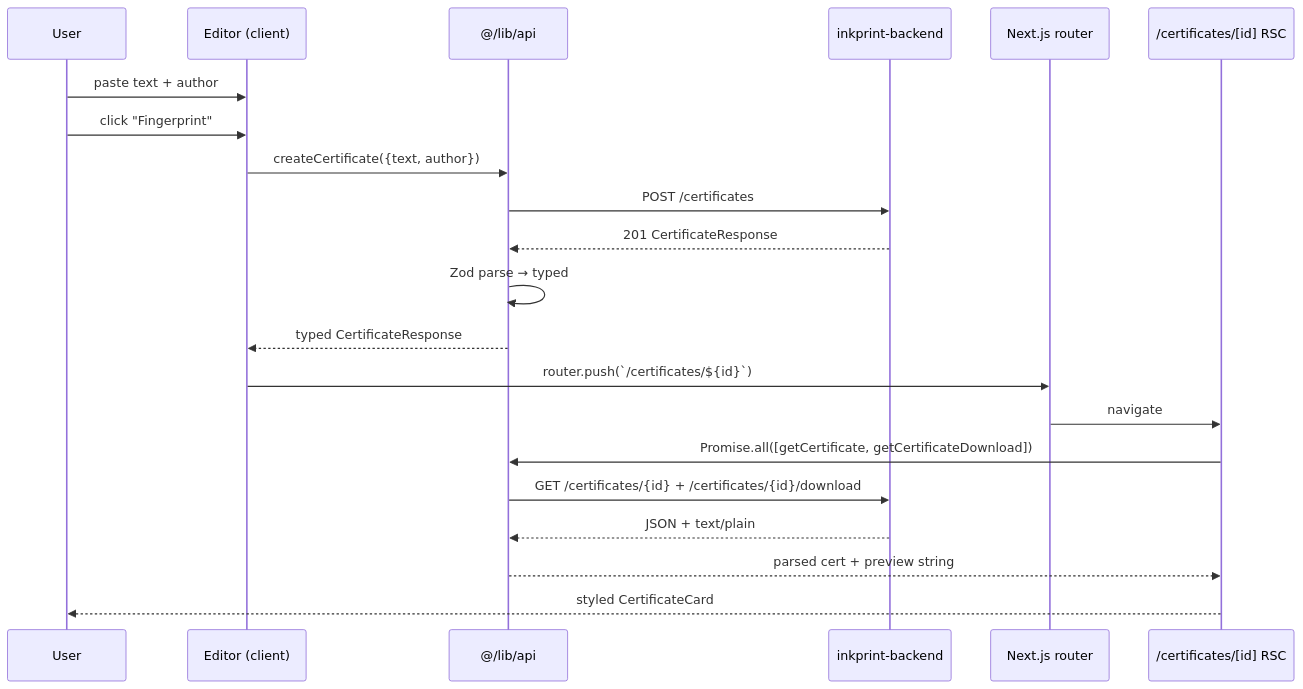
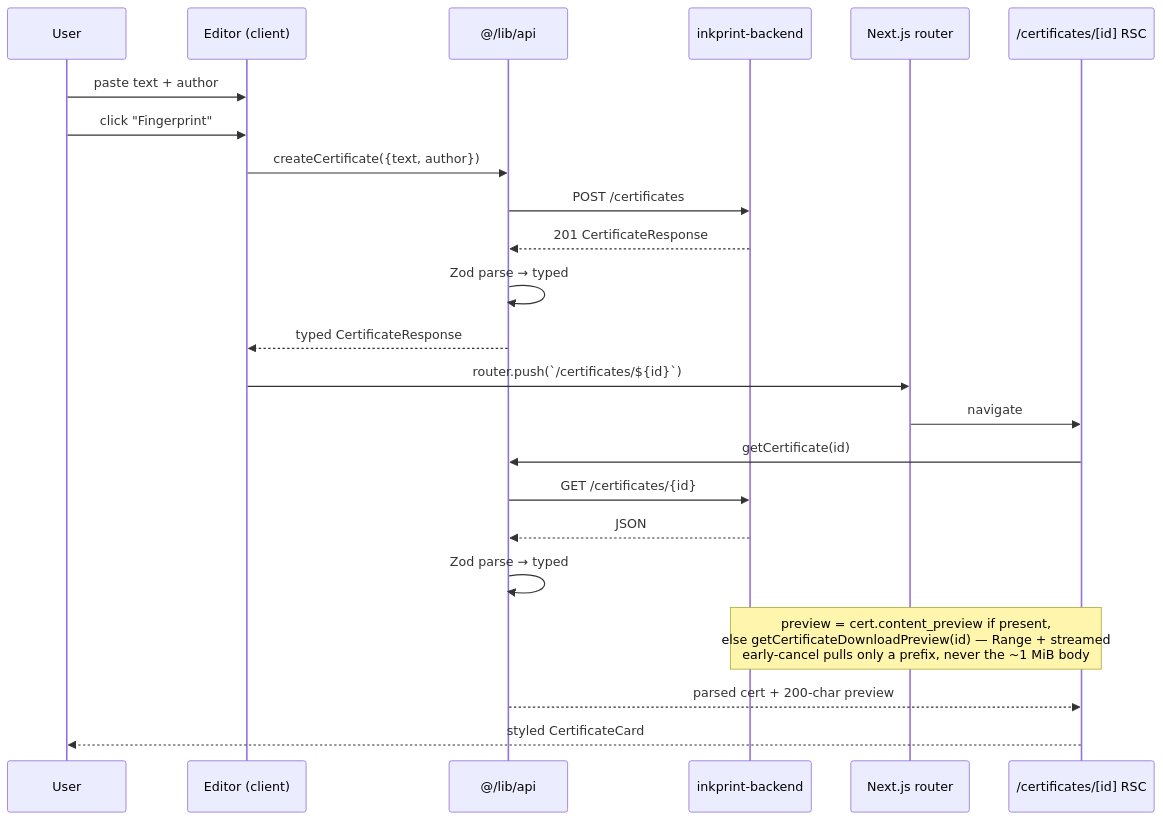
One commit to Abdul-Muizz1310/inkprint-frontend changed the second of 2 diagrams in docs/ARCHITECTURE.md. Above: the diagram before and after it, drawn with Mermaid. The commit also changed other lines of this file and 2 other files, not shown here.

First line of the commit message:
docs: reflect route-layer tests, bounded preview, and stack simplification

````diff
--- a/docs/ARCHITECTURE.md
+++ b/docs/ARCHITECTURE.md
@@ -75,24 +76,26 @@
 ```mermaid
 sequenceDiagram
   participant U as User
   participant E as Editor (client)
   participant API as @/lib/api
   participant BE as inkprint-backend
   participant R as Next.js router
   participant RSC as /certificates/[id] RSC
 
   U->>E: paste text + author
   U->>E: click "Fingerprint"
   E->>API: createCertificate({text, author})
   API->>BE: POST /certificates
   BE-->>API: 201 CertificateResponse
   API->>API: Zod parse → typed
   API-->>E: typed CertificateResponse
   E->>R: router.push(`/certificates/${id}`)
   R->>RSC: navigate
-  RSC->>API: Promise.all([getCertificate, getCertificateDownload])
-  API->>BE: GET /certificates/{id} + /certificates/{id}/download
-  BE-->>API: JSON + text/plain
-  API-->>RSC: parsed cert + preview string
+  RSC->>API: getCertificate(id)
+  API->>BE: GET /certificates/{id}
+  BE-->>API: JSON
+  API->>API: Zod parse → typed
+  Note over RSC,BE: preview = cert.content_preview if present,<br/>else getCertificateDownloadPreview(id) — Range + streamed<br/>early-cancel pulls only a prefix, never the ~1 MiB body
+  API-->>RSC: parsed cert + 200-char preview
   RSC-->>U: styled CertificateCard
 ```
````
